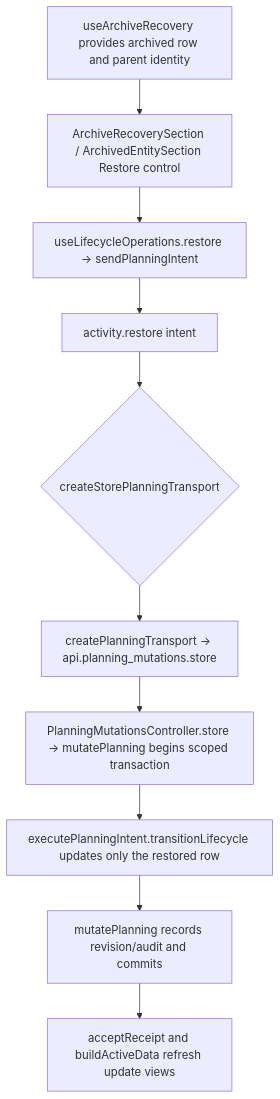
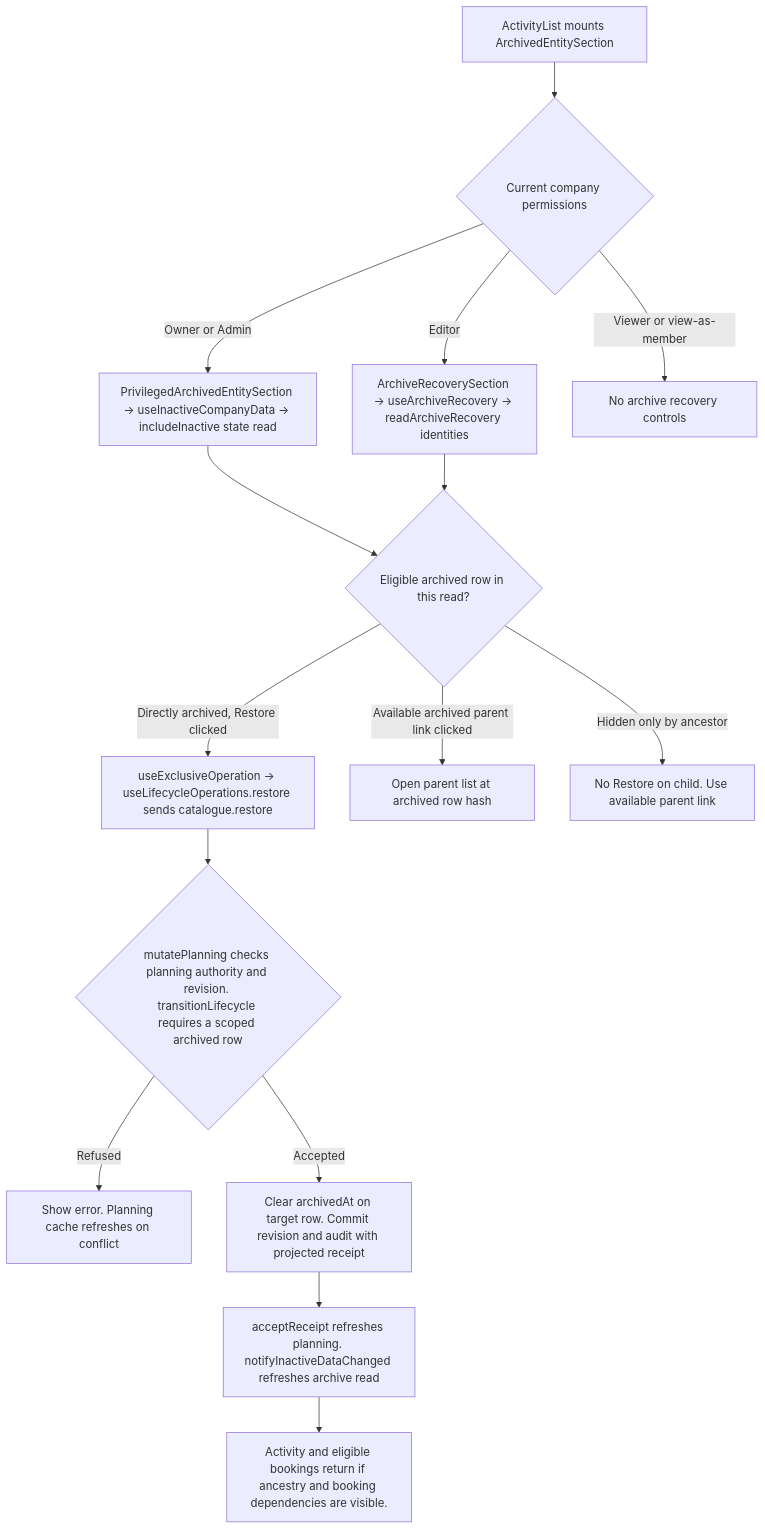
The second of 2 diagrams in user-stories/activities/US-ACT-05-restore-activity.md (Kevinjohn/capacitylens), drawn with Mermaid before and after one commit. The commit also changed other lines of this file and 172 other files, not shown here.

Commit message:
docs: reconcile user story code flows with source

````diff
--- a/user-stories/activities/US-ACT-05-restore-activity.md
+++ b/user-stories/activities/US-ACT-05-restore-activity.md
@@ -26,8 +26,17 @@
 ```mermaid
 flowchart TD
-  A["useArchiveRecovery provides archived row and parent identity"] --> B["ArchiveRecoverySection / ArchivedEntitySection Restore control"]
-  B --> C["useLifecycleOperations.restore → sendPlanningIntent"] --> D["activity.restore intent"]
-  D --> E{"createStorePlanningTransport"}
-  E --> F["createPlanningTransport → api.planning_mutations.store"] --> G["PlanningMutationsController.store → mutatePlanning begins scoped transaction"]
-  G --> H["executePlanningIntent.transitionLifecycle updates only the restored row"] --> K["mutatePlanning records revision/audit and commits"] --> J["acceptReceipt and buildActiveData refresh update views"]
+  ENTRY["ActivityList mounts ArchivedEntitySection"] --> ROLE{"Current company permissions"}
+  ROLE -->|Owner or Admin| FULL["PrivilegedArchivedEntitySection → useInactiveCompanyData → includeInactive state read"]
+  ROLE -->|Editor| REDACTED["ArchiveRecoverySection → useArchiveRecovery → readArchiveRecovery identities"]
+  ROLE -->|Viewer or view-as-member| HIDDEN["No archive recovery controls"]
+  FULL --> ROW{"Eligible archived row in this read?"}
+  REDACTED --> ROW
+  ROW -->|Directly archived, Restore clicked| SEND["useExclusiveOperation → useLifecycleOperations.restore sends catalogue.restore"]
+  ROW -->|Available archived parent link clicked| PARENT["Open parent list at archived row hash"]
+  ROW -->|Hidden only by ancestor| ANCESTOR["No Restore on child. Use available parent link"]
+  SEND --> SERVER{"mutatePlanning checks planning authority and revision. transitionLifecycle requires a scoped archived row"}
+  SERVER -->|Refused| ERROR["Show error. Planning cache refreshes on conflict"]
+  SERVER -->|Accepted| WRITE["Clear archivedAt on target row. Commit revision and audit with projected receipt"]
+  WRITE --> NEXT["acceptReceipt refreshes planning. notifyInactiveDataChanged refreshes archive read"]
+  NEXT --> RESULT["Activity and eligible bookings return if ancestry and booking dependencies are visible."]
 ```
````
